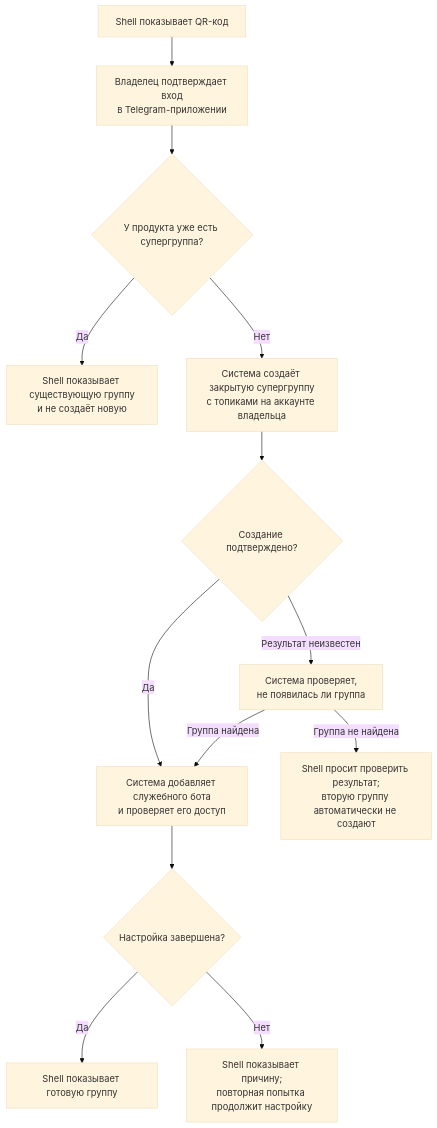
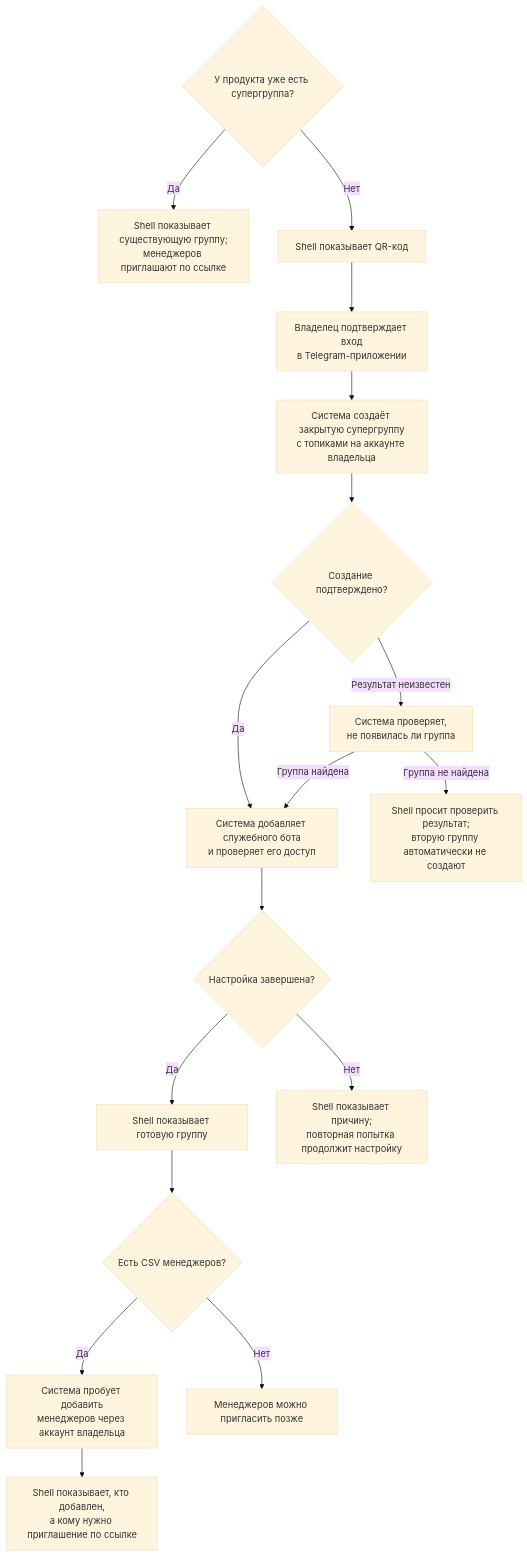
One commit to tryproxy/tg-super-backend changed the fifth of 5 diagrams in _docs/user-stories.md. Above: the diagram before and after it, drawn with Mermaid (base theme). The commit also changed other lines of this file and 4 other files, not shown here.

Commit message:
docs(spec): update release notes with CSV manager invitations and group creation flow

````diff
--- a/_docs/user-stories.md
+++ b/_docs/user-stories.md
@@ -152,15 +161,19 @@
 ```mermaid
 flowchart TD
-    A["Shell показывает QR-код"] --> B["Владелец подтверждает вход<br/>в Telegram-приложении"]
-    B --> C{"У продукта уже есть супергруппа?"}
-    C -->|Да| D["Shell показывает существующую группу<br/>и не создаёт новую"]
-    C -->|Нет| E["Система создаёт закрытую супергруппу<br/>с топиками на аккаунте владельца"]
+    A{"У продукта уже есть супергруппа?"} -->|Да| D["Shell показывает существующую группу;<br/>менеджеров приглашают по ссылке"]
+    A -->|Нет| B["Shell показывает QR-код"]
+    B --> C["Владелец подтверждает вход<br/>в Telegram-приложении"]
+    C --> E["Система создаёт закрытую супергруппу<br/>с топиками на аккаунте владельца"]
     E --> F{"Создание подтверждено?"}
     F -->|Да| G["Система добавляет служебного бота<br/>и проверяет его доступ"]
     F -->|Результат неизвестен| H["Система проверяет,<br/>не появилась ли группа"]
     H -->|Группа найдена| G
     H -->|Группа не найдена| I["Shell просит проверить результат;<br/>вторую группу автоматически не создают"]
     G --> J{"Настройка завершена?"}
     J -->|Да| K["Shell показывает готовую группу"]
     J -->|Нет| L["Shell показывает причину;<br/>повторная попытка продолжит настройку"]
+    K --> M{"Есть CSV менеджеров?"}
+    M -->|Да| N["Система пробует добавить<br/>менеджеров через аккаунт владельца"]
+    N --> O["Shell показывает, кто добавлен,<br/>а кому нужно приглашение по ссылке"]
+    M -->|Нет| P["Менеджеров можно пригласить позже"]
 ```
````
